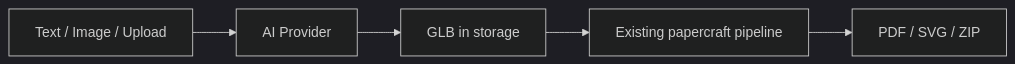
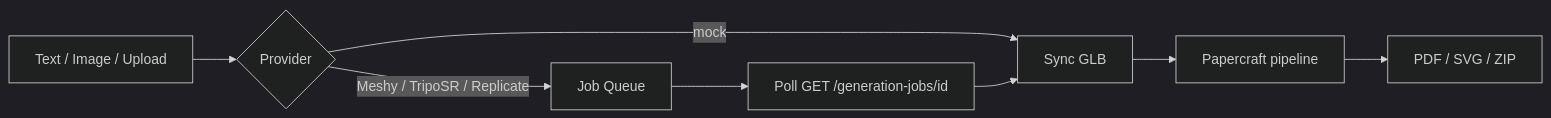
Before and after one commit to Theopote/FoldForge: the diagram in docs/ai.md, drawn with Mermaid (dark theme). The commit also changed other lines of this file and 4 other files, not shown here.

````diff
--- a/docs/ai.md
+++ b/docs/ai.md
@@ -7,7 +7,10 @@
 ```mermaid
 flowchart LR
-  A[Text / Image / Upload] --> B[AI Provider]
-  B --> C[GLB in storage]
-  C --> D[Existing papercraft pipeline]
-  D --> E[PDF / SVG / ZIP]
+  A[Text / Image / Upload] --> B{Provider}
+  B -->|mock| C[Sync GLB]
+  B -->|Meshy / TripoSR / Replicate| D[Job Queue]
+  D --> E[Poll GET /generation-jobs/id]
+  E --> C
+  C --> F[Papercraft pipeline]
+  F --> G[PDF / SVG / ZIP]
 ```
````
